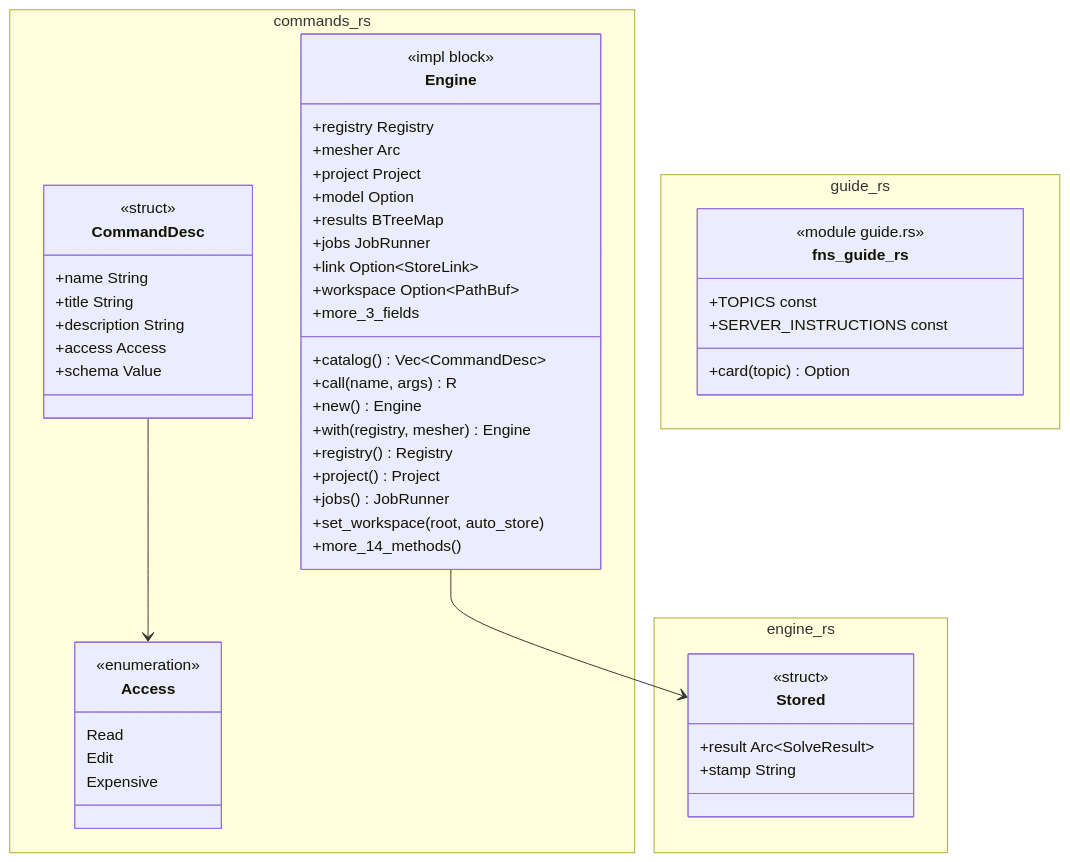
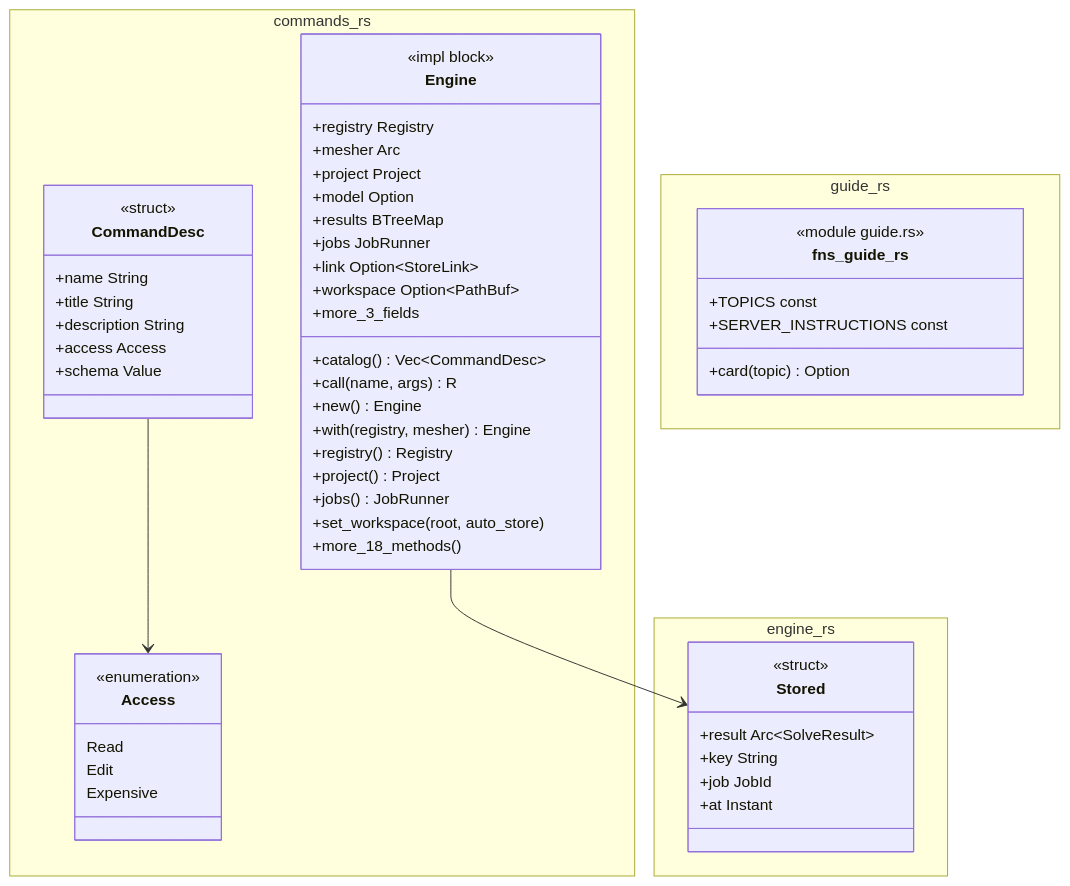
Before and after one commit to p-j-r/nyx: the diagram in docs/architecture/c4/4-code/engine/commands.md, drawn with Mermaid. The commit also changed other lines of this file and 31 other files, not shown here.

````diff
--- a/docs/architecture/c4/4-code/engine/commands.md
+++ b/docs/architecture/c4/4-code/engine/commands.md
@@ -52,57 +52,59 @@
 ```mermaid
 classDiagram
   namespace commands_rs {
     class Access {
         <<enumeration>>
         Read
         Edit
         Expensive
     }
     class CommandDesc {
         <<struct>>
         +name String
         +title String
         +description String
         +access Access
         +schema Value
     }
     class Engine {
         <<impl block>>
         +registry Registry
         +mesher Arc
         +project Project
         +model Option
         +results BTreeMap
         +jobs JobRunner
         +link Option~StoreLink~
         +workspace Option~PathBuf~
         +more_3_fields
         +catalog() Vec~CommandDesc~
         +call(name, args) R
         +new() Engine
         +with(registry, mesher) Engine
         +registry() Registry
         +project() Project
         +jobs() JobRunner
         +set_workspace(root, auto_store)
-        +more_14_methods()
+        +more_18_methods()
     }
   }
   namespace engine_rs {
     class Stored {
         <<struct>>
         +result Arc~SolveResult~
-        +stamp String
+        +key String
+        +job JobId
+        +at Instant
     }
   }
   namespace guide_rs {
     class fns_guide_rs {
         <<module guide.rs>>
         +card(topic) Option
         +TOPICS const
         +SERVER_INSTRUCTIONS const
     }
   }
   CommandDesc --> Access
   Engine --> Stored
 ```
````
